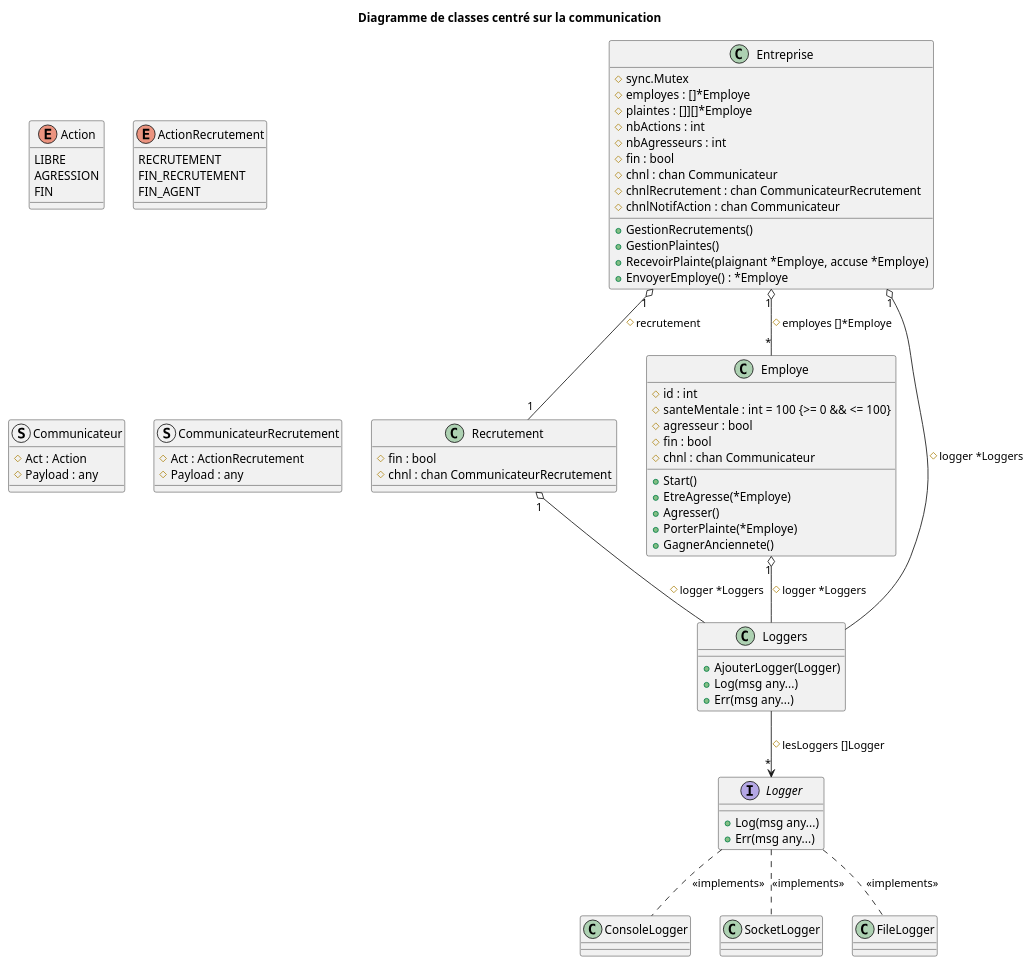
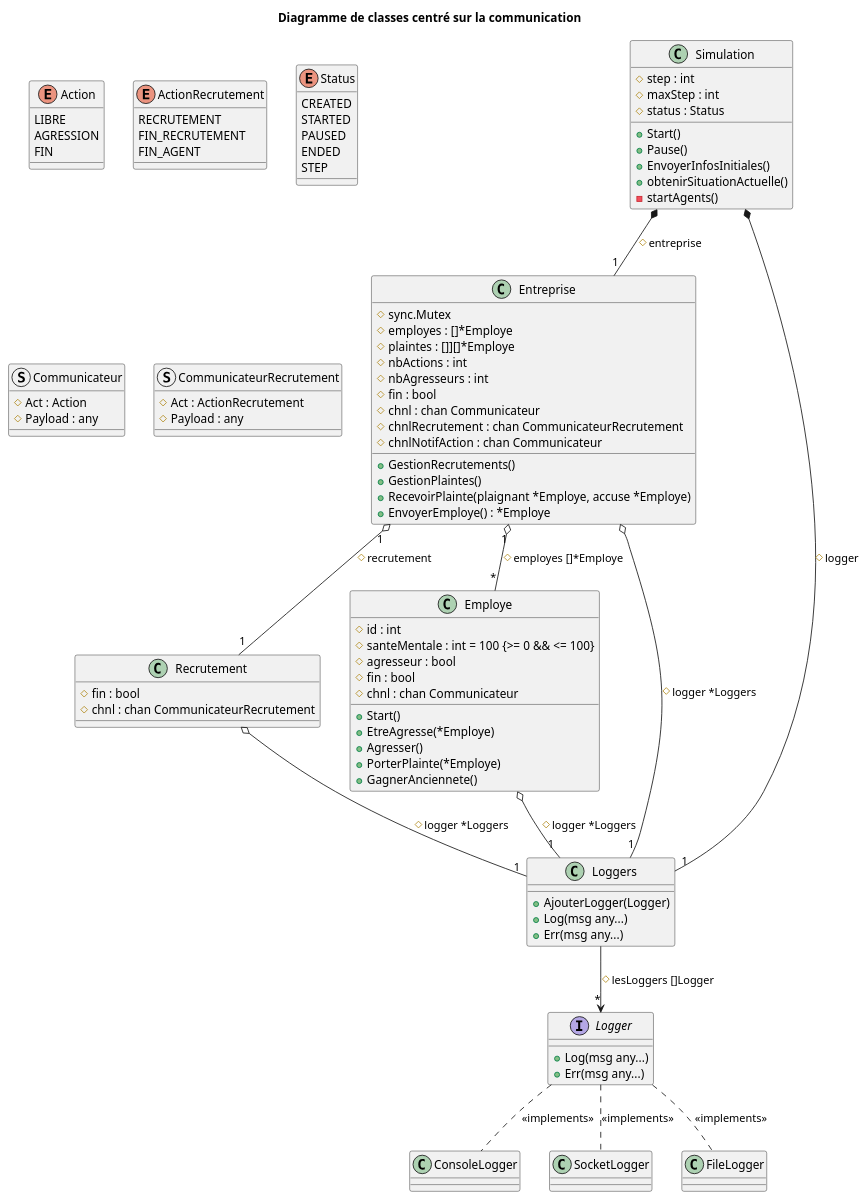
One commit to MiguelLaura/Recrutement_Inclusif_Paritaire changed the diagram in diagrammes/class_Channels.iuml. Above: the diagram before and after it, drawn with PlantUML.

Commit message:
Ajoute la Simulation au diagramme de classes

```diff
--- a/diagrammes/class_Channels.iuml
+++ b/diagrammes/class_Channels.iuml
@@ -1,99 +1,121 @@
 @startuml Diagramme de classes centré sur la communication
 
 '-----------------
 ' Parametrage
 
 title Diagramme de classes centré sur la communication
 
 '-----------------
 ' Classes
 
 class Entreprise {
     # sync.Mutex
 	# employes : []*Employe
 	# plaintes : []][]*Employe
 	# nbActions : int
 	# nbAgresseurs : int
 	# fin : bool
 	# chnl : chan Communicateur
 	# chnlRecrutement : chan CommunicateurRecrutement
 	# chnlNotifAction : chan Communicateur
 
     + GestionRecrutements() 
     + GestionPlaintes()
     + RecevoirPlainte(plaignant *Employe, accuse *Employe)
     + EnvoyerEmploye() : *Employe
 }
 
 class Recrutement {
 	# fin : bool
     # chnl : chan CommunicateurRecrutement
 }
 
 class Employe {
 	# id : int
 	# santeMentale : int = 100 {>= 0 && <= 100}
 	# agresseur : bool
 	# fin : bool
     # chnl : chan Communicateur
 
     + Start()
     + EtreAgresse(*Employe)
     + Agresser()
     + PorterPlainte(*Employe)
     + GagnerAnciennete()
 }
 
 interface Logger {
     + Log(msg any...)
     + Err(msg any...)
 }
 
 class Loggers {
     + AjouterLogger(Logger)
     + Log(msg any...)
     + Err(msg any...)
 }
 
+class Simulation {
+	# step : int
+	# maxStep : int
+	# status : Status
+	+ Start()
+	+ Pause()
+	+ EnvoyerInfosInitiales()
+	+ obtenirSituationActuelle()
+	- startAgents()
+}
+
 
 '-----------------
 ' Enumerations
 
 enum Action {
 	LIBRE
 	AGRESSION
 	FIN
 }
 
 enum ActionRecrutement {
 	RECRUTEMENT
 	FIN_RECRUTEMENT
 	FIN_AGENT
+}
+
+enum Status {
+	CREATED
+	STARTED
+	PAUSED
+	ENDED
+	STEP
 }
 
 struct Communicateur {
 	# Act : Action
     # Payload : any
 }
 
 struct CommunicateurRecrutement {
 	# Act : ActionRecrutement
     # Payload : any
 }
 
 '-----------------
 ' Relations
 
 Entreprise "1" o-- "*" Employe : # employes []*Employe
 Entreprise "1" o-- "1" Recrutement : # recrutement
 
-Entreprise "1" o-- Loggers : # logger *Loggers
-Employe "1" o-- Loggers : # logger *Loggers
-Recrutement "1" o-- Loggers : # logger *Loggers
+Simulation *-- "1" Entreprise : # entreprise
+
+Entreprise o-- "1" Loggers : # logger *Loggers
+Employe o-- "1" Loggers : # logger *Loggers
+Recrutement o-- "1" Loggers : # logger *Loggers
+Simulation *-- "1" Loggers : # logger
 
 Loggers --> "*" Logger : # lesLoggers []Logger
 
 Logger .. ConsoleLogger : <<implements>>
 Logger .. SocketLogger : <<implements>>
 Logger .. FileLogger : <<implements>>
 @enduml
```
